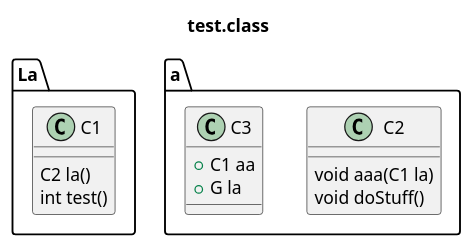
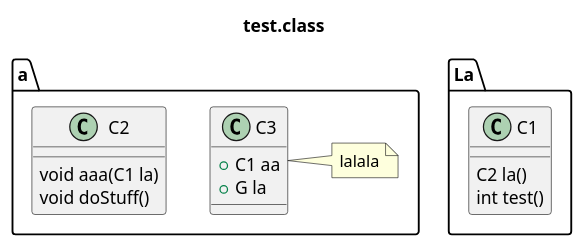
The diagram in testdocs/test.class.puml (AnQueth/PlantUMLEditor), drawn with PlantUML before and after one commit. The commit also changed 6 other files, not shown here.

```diff
--- a/testdocs/test.class.puml
+++ b/testdocs/test.class.puml
@@ -1,21 +1,23 @@
 @startuml
 title test.class
 package La{
     class C1 {
         C2 la()
         int test()
        
     }
 }
 package a{
     class C2 {
         void aaa(C1 la)
         void doStuff()
     }
     class C3 {
         + C1 aa
         + G la
     }
+    
+    note right of C3: lalala
 }
 
 @enduml
```
